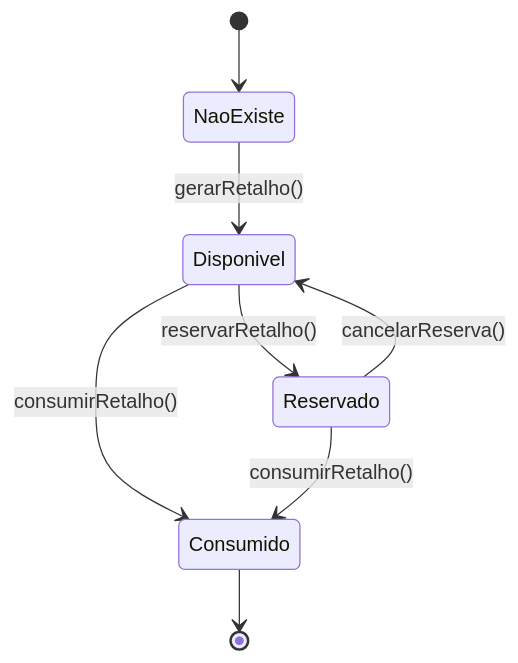
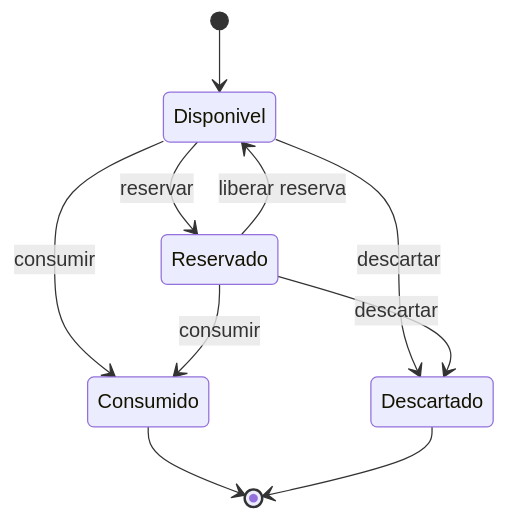
Before and after one commit to WlFerrari/TetusManager: the second of 2 diagrams in diagramas/DIAGRAMA_ESTADOS_MERMAID.md, drawn with Mermaid. The commit also changed other lines of this file, not shown here.

Commit message:
diagramas: separar estados oficiais de chapa e retalho

````diff
--- a/diagramas/DIAGRAMA_ESTADOS_MERMAID.md
+++ b/diagramas/DIAGRAMA_ESTADOS_MERMAID.md
@@ -26,12 +27,12 @@
 ```mermaid
 stateDiagram-v2
-    [*] --> NaoExiste
-
-    NaoExiste --> Disponivel: gerarRetalho()
-    Disponivel --> Reservado: reservarRetalho()
-    Reservado --> Disponivel: cancelarReserva()
-    Disponivel --> Consumido: consumirRetalho()
-    Reservado --> Consumido: consumirRetalho()
-
+    [*] --> Disponivel
+    Disponivel --> Reservado: reservar
+    Reservado --> Disponivel: liberar reserva
+    Disponivel --> Consumido: consumir
+    Reservado --> Consumido: consumir
+    Disponivel --> Descartado: descartar
+    Reservado --> Descartado: descartar
     Consumido --> [*]
+    Descartado --> [*]
 ```
````
